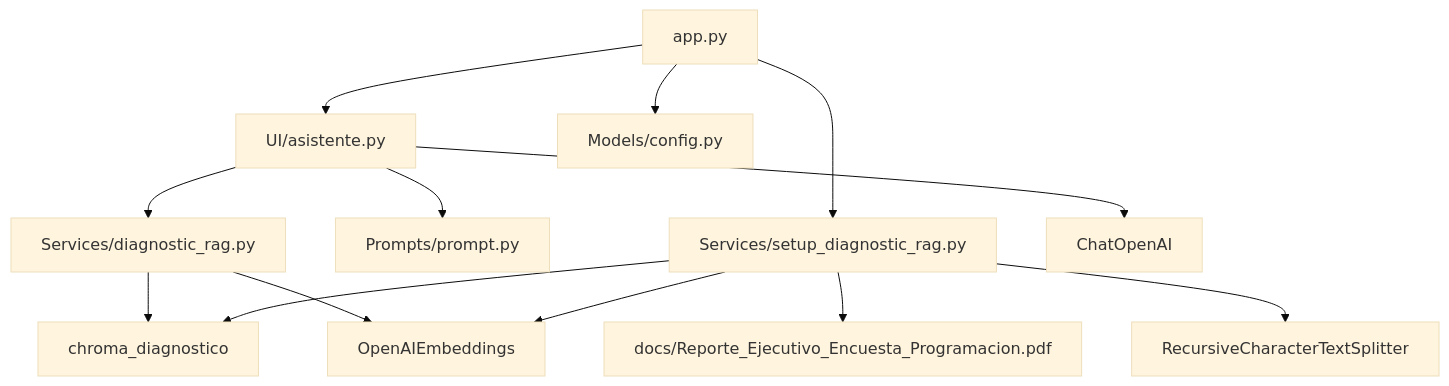
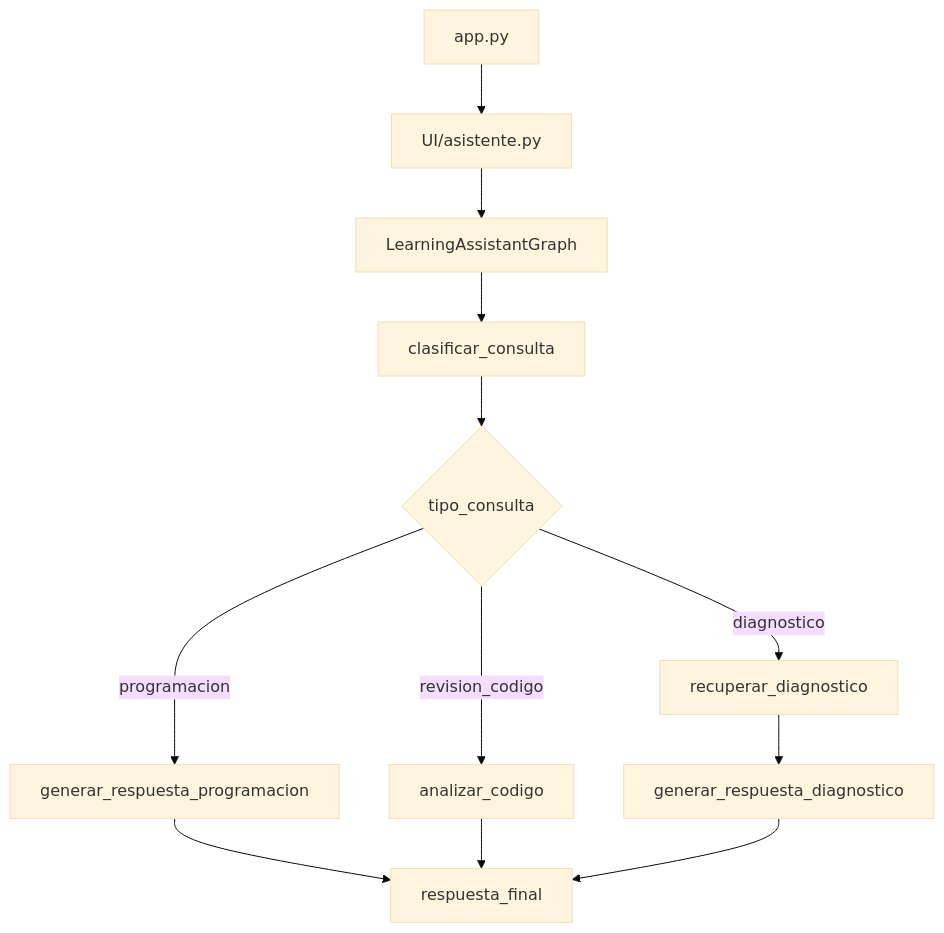
The second of 2 diagrams in Documentacion/ARQUITECTURA_PROYECTO.md (jose6668/IA-Lanchaing), drawn with Mermaid (base theme) before and after one commit. The commit also changed other lines of this file and 21 other files, not shown here.

````diff
--- a/Documentacion/ARQUITECTURA_PROYECTO.md
+++ b/Documentacion/ARQUITECTURA_PROYECTO.md
@@ -83,15 +80,14 @@
 ```mermaid
 flowchart TD
     APP[app.py] --> ASIS[UI/asistente.py]
-    APP --> SETUP[Services/setup_diagnostic_rag.py]
-    APP --> CFG[Models/config.py]
-    ASIS --> PROMPT[Prompts/prompt.py]
-    ASIS --> RAG[Services/diagnostic_rag.py]
-    ASIS --> CHAT[ChatOpenAI]
-    RAG --> CHROMA[chroma_diagnostico]
-    RAG --> EMB[OpenAIEmbeddings]
-    SETUP --> PDF[docs/Reporte_Ejecutivo_Encuesta_Programacion.pdf]
-    SETUP --> SPLIT[RecursiveCharacterTextSplitter]
-    SETUP --> EMB
-    SETUP --> CHROMA
+    ASIS --> GRAPH[LearningAssistantGraph]
+    GRAPH --> CLAS[clasificar_consulta]
+    CLAS --> ROUTE{tipo_consulta}
+    ROUTE -->|diagnostico| RAG[recuperar_diagnostico]
+    ROUTE -->|programacion| PROG[generar_respuesta_programacion]
+    ROUTE -->|revision_codigo| CODE[analizar_codigo]
+    RAG --> DIAG[generar_respuesta_diagnostico]
+    PROG --> FINAL[respuesta_final]
+    CODE --> FINAL
+    DIAG --> FINAL
 ```
````
